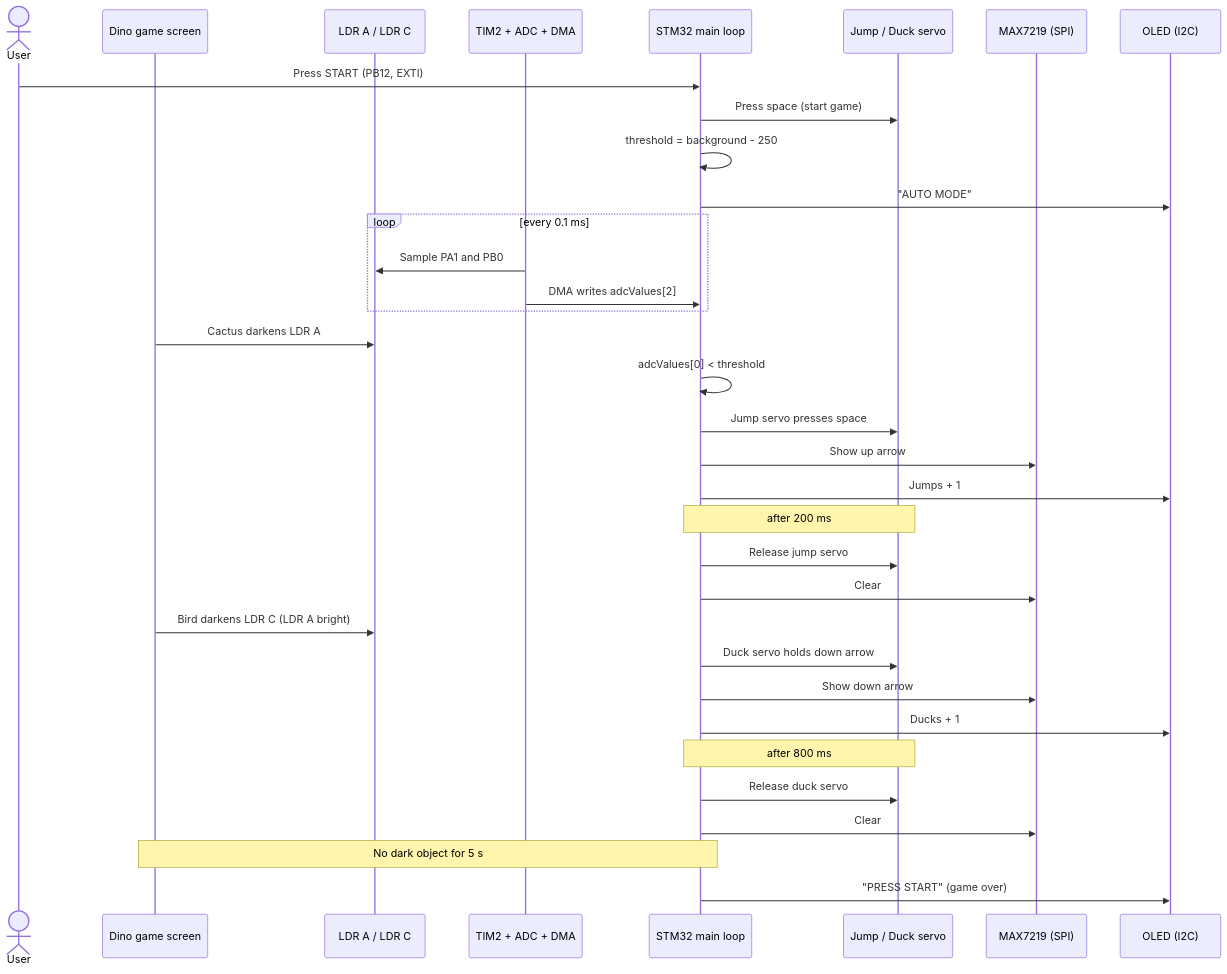
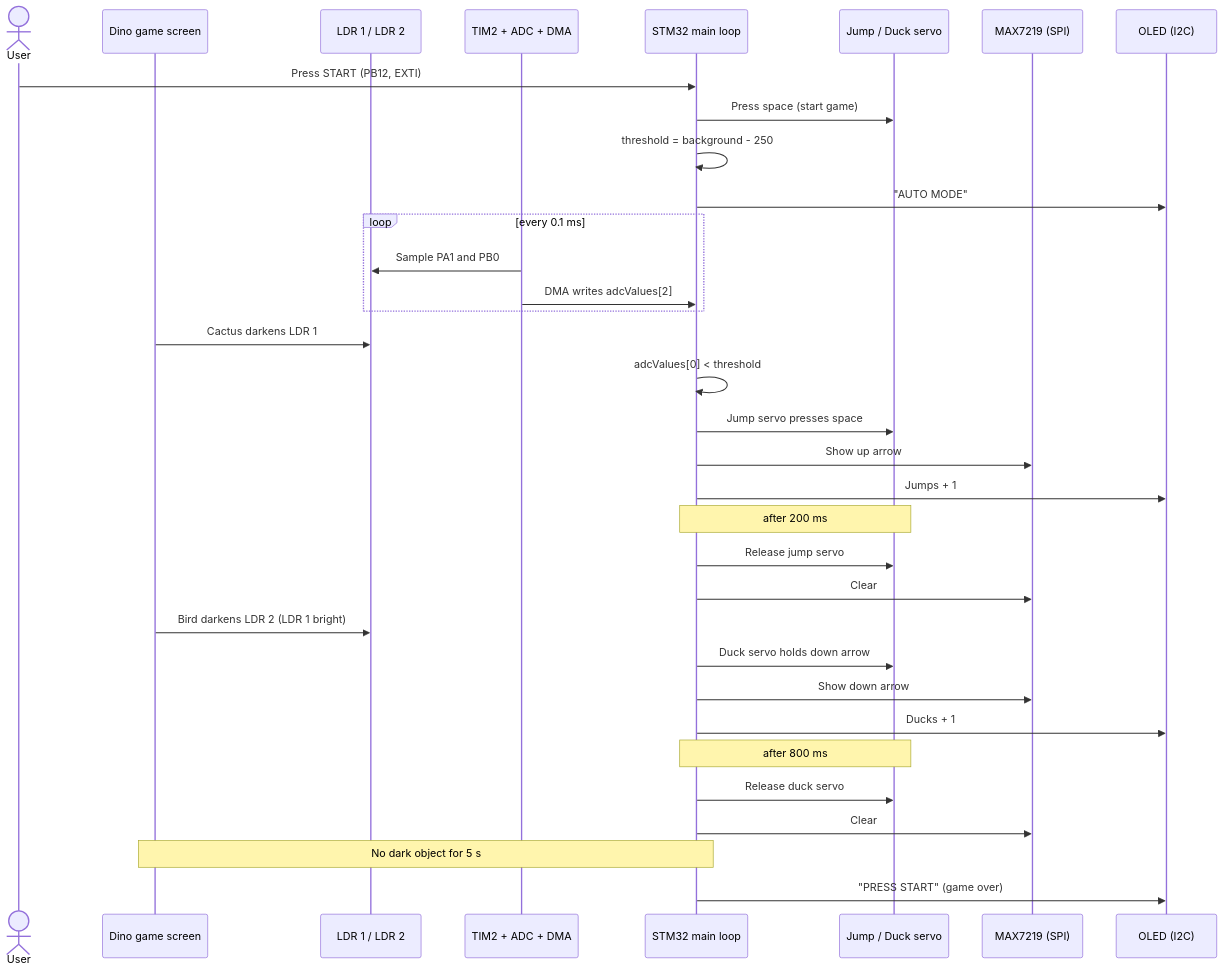
The first of 2 diagrams in README.md (inriod/STM32-Google-Dino-Game-Automation), drawn with Mermaid before and after one commit. The commit also changed other lines of this file, not shown here.

````diff
--- a/README.md
+++ b/README.md
@@ -72,41 +74,41 @@
 ```mermaid
 sequenceDiagram
     actor User
     participant Screen as Dino game screen
-    participant LDR as LDR A / LDR C
+    participant LDR as LDR 1 / LDR 2
     participant ADC as TIM2 + ADC + DMA
     participant MCU as STM32 main loop
     participant Servo as Jump / Duck servo
     participant Matrix as MAX7219 (SPI)
     participant OLED as OLED (I2C)
 
     User->>MCU: Press START (PB12, EXTI)
     MCU->>Servo: Press space (start game)
     MCU->>MCU: threshold = background - 250
     MCU->>OLED: "AUTO MODE"
 
     loop every 0.1 ms
         ADC->>LDR: Sample PA1 and PB0
         ADC->>MCU: DMA writes adcValues[2]
     end
 
-    Screen->>LDR: Cactus darkens LDR A
+    Screen->>LDR: Cactus darkens LDR 1
     MCU->>MCU: adcValues[0] < threshold
     MCU->>Servo: Jump servo presses space
     MCU->>Matrix: Show up arrow
     MCU->>OLED: Jumps + 1
     Note over MCU,Servo: after 200 ms
     MCU->>Servo: Release jump servo
     MCU->>Matrix: Clear
 
-    Screen->>LDR: Bird darkens LDR C (LDR A bright)
+    Screen->>LDR: Bird darkens LDR 2 (LDR 1 bright)
     MCU->>Servo: Duck servo holds down arrow
     MCU->>Matrix: Show down arrow
     MCU->>OLED: Ducks + 1
     Note over MCU,Servo: after 800 ms
     MCU->>Servo: Release duck servo
     MCU->>Matrix: Clear
 
     Note over Screen,MCU: No dark object for 5 s
     MCU->>OLED: "PRESS START" (game over)
 ```
````
